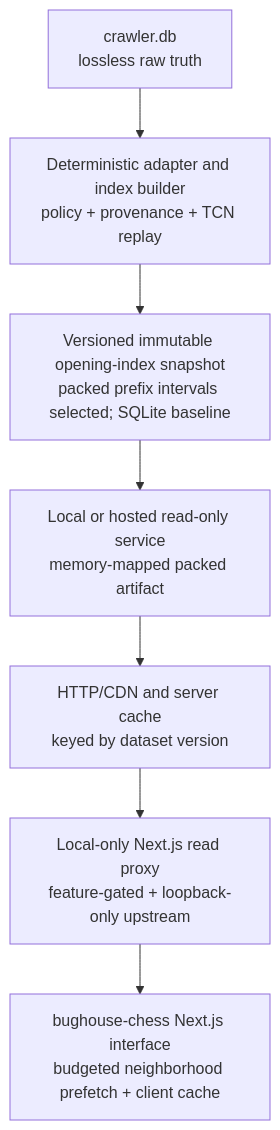
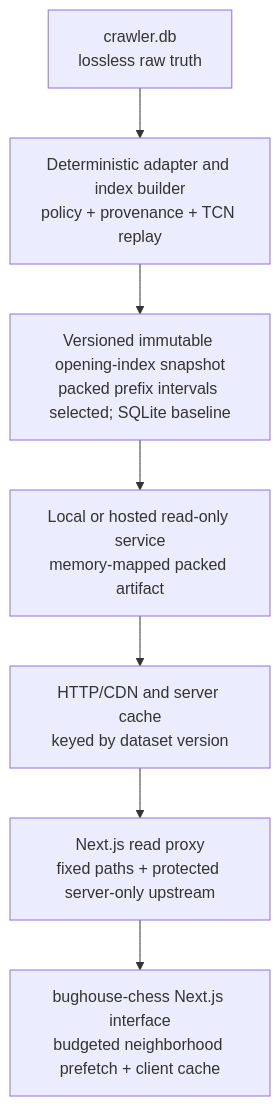
The diagram in docs/PLATFORM_ARCHITECTURE.md (Ellipsoul/bughouse-opening-explorer), drawn with Mermaid before and after one commit. The commit also changed other lines of this file and 9 other files, not shown here.

````diff
--- a/docs/PLATFORM_ARCHITECTURE.md
+++ b/docs/PLATFORM_ARCHITECTURE.md
@@ -11,17 +11,17 @@
 ```mermaid
 flowchart TD
     raw["crawler.db<br/>lossless raw truth"]
     build["Deterministic adapter and index builder<br/>policy + provenance + TCN replay"]
     index["Versioned immutable opening-index snapshot<br/>packed prefix intervals selected; SQLite baseline"]
     api["Local or hosted read-only service<br/>memory-mapped packed artifact"]
     cache["HTTP/CDN and server cache<br/>keyed by dataset version"]
-    proxy["Local-only Next.js read proxy<br/>feature-gated + loopback-only upstream"]
+    proxy["Next.js read proxy<br/>fixed paths + protected server-only upstream"]
     client["bughouse-chess Next.js interface<br/>budgeted neighborhood prefetch + client cache"]
 
     raw --> build
     build --> index
     index --> api
     api --> cache
     cache --> proxy
     proxy --> client
 ```
````
